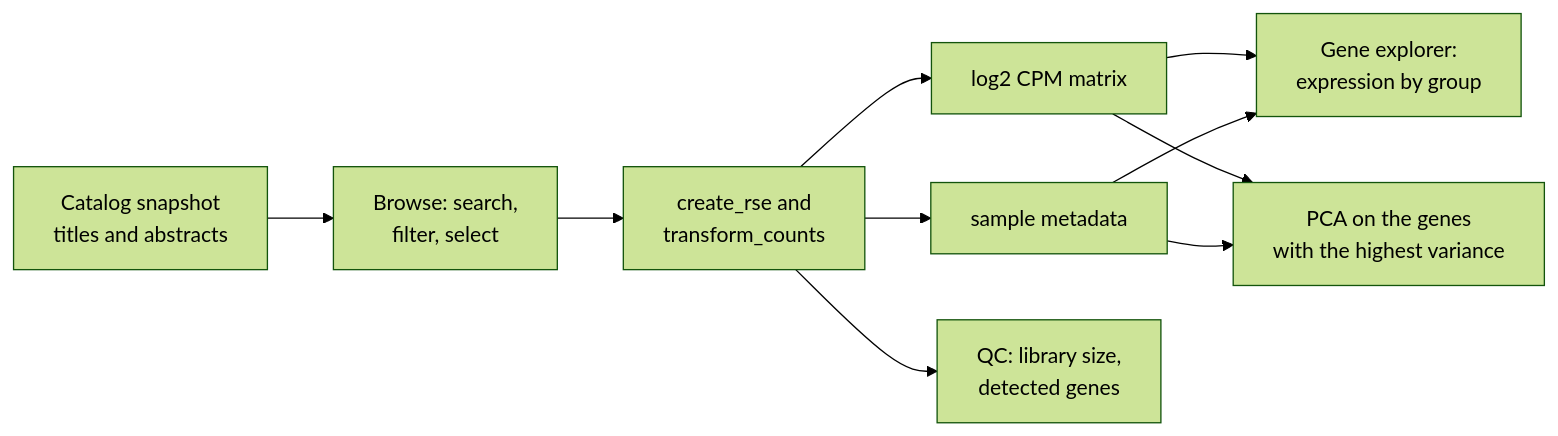
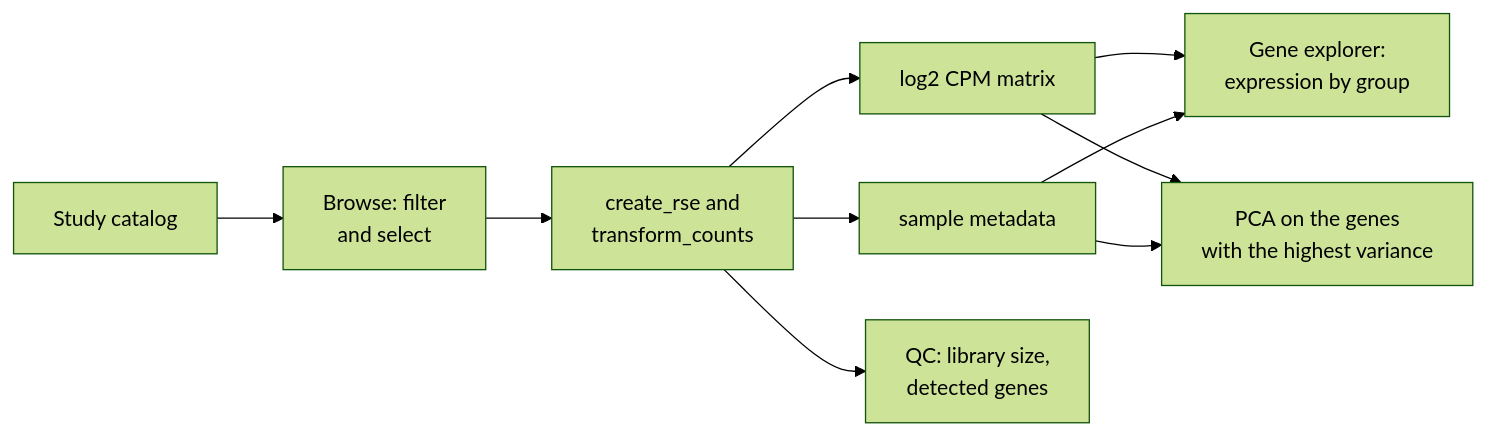
Before and after one commit to samuelbharti/recount-explorer: the third of 4 diagrams in docs/design.md, drawn with Mermaid (forest theme). The commit also changed other lines of this file and 2 other files, not shown here.

First line of the commit message:
fix: correct the lint workflow and the catalog docs

````diff
--- a/docs/design.md
+++ b/docs/design.md
@@ -94,12 +98,12 @@
 ```mermaid
 flowchart LR
-    catalog["Catalog snapshot<br/>titles and abstracts"] --> browse["Browse: search,<br/>filter, select"]
+    catalog["Study catalog"] --> browse["Browse: filter<br/>and select"]
     browse --> load["create_rse and<br/>transform_counts"]
     load --> logexpr["log2 CPM matrix"]
     load --> meta["sample metadata"]
     logexpr --> gene["Gene explorer:<br/>expression by group"]
     logexpr --> pca["PCA on the genes<br/>with the highest variance"]
     meta --> gene
     meta --> pca
     load --> qc["QC: library size,<br/>detected genes"]
 ```
````
